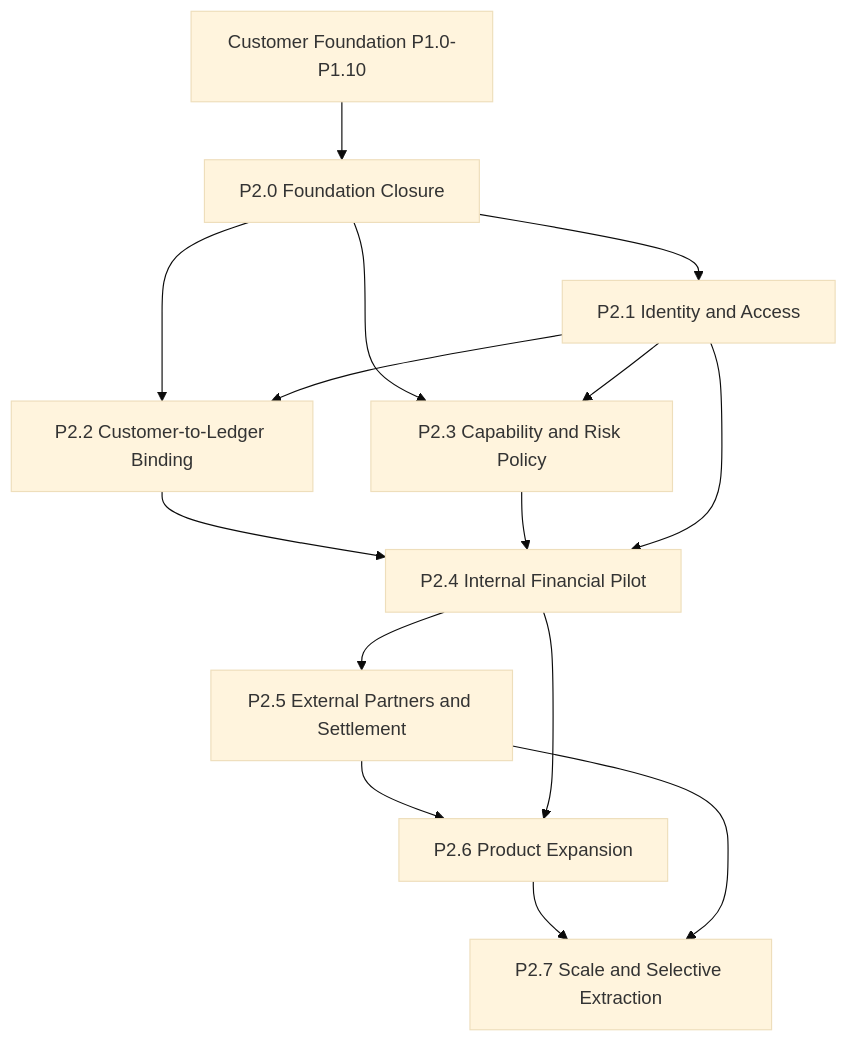
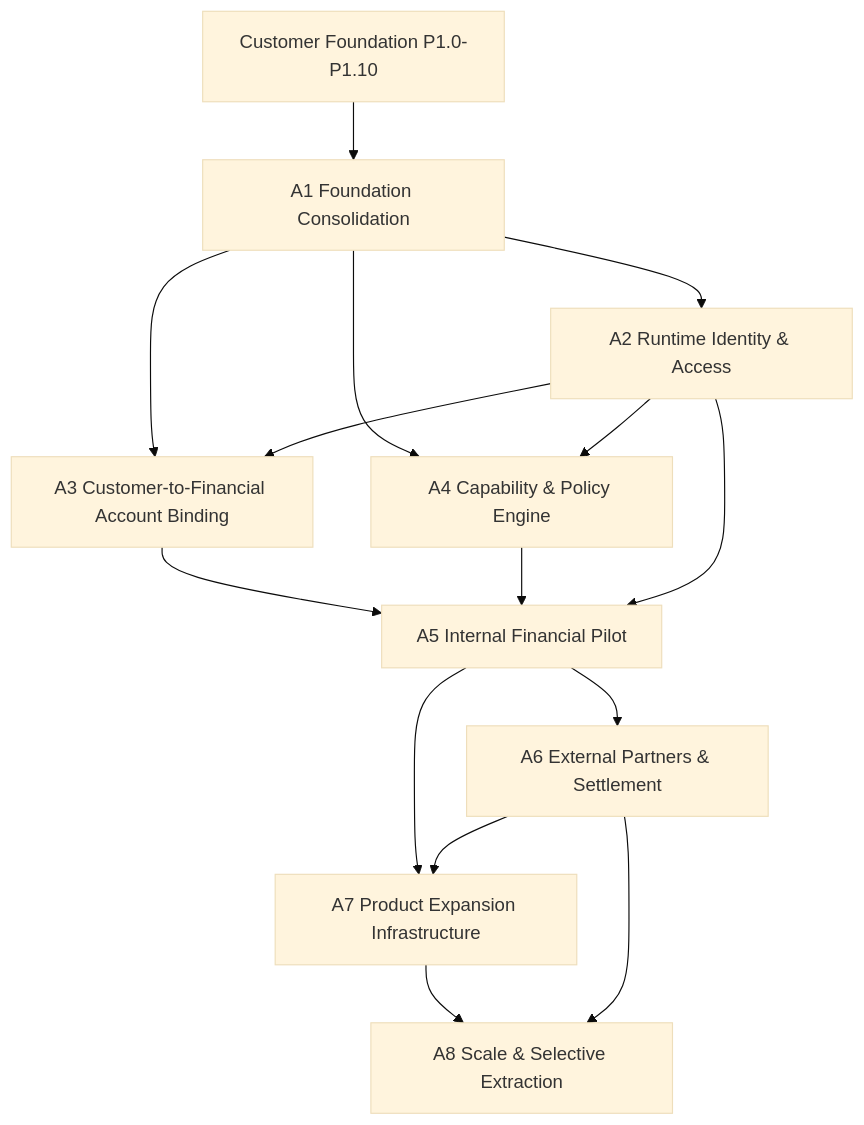
The diagram in docs/DEPENDENCY-GRAPH.md (shyne240/monienaija), drawn with Mermaid (base theme) before and after one commit. The commit also changed other lines of this file and 7 other files, not shown here.

Commit message:
docs: canonicalize product and architecture roadmaps

````diff
--- a/docs/DEPENDENCY-GRAPH.md
+++ b/docs/DEPENDENCY-GRAPH.md
@@ -5,27 +33,27 @@
 ```mermaid
 flowchart TD
   P1[Customer Foundation P1.0-P1.10]
-  P20[P2.0 Foundation Closure]
-  P21[P2.1 Identity and Access]
-  P22[P2.2 Customer-to-Ledger Binding]
-  P23[P2.3 Capability and Risk Policy]
-  P24[P2.4 Internal Financial Pilot]
-  P25[P2.5 External Partners and Settlement]
-  P26[P2.6 Product Expansion]
-  P27[P2.7 Scale and Selective Extraction]
+  A1[A1 Foundation Consolidation]
+  A2[A2 Runtime Identity & Access]
+  A3[A3 Customer-to-Financial Account Binding]
+  A4[A4 Capability & Policy Engine]
+  A5[A5 Internal Financial Pilot]
+  A6[A6 External Partners & Settlement]
+  A7[A7 Product Expansion Infrastructure]
+  A8[A8 Scale & Selective Extraction]
 
-  P1 --> P20
-  P20 --> P21
-  P20 --> P22
-  P21 --> P22
-  P20 --> P23
-  P21 --> P23
-  P22 --> P24
-  P23 --> P24
-  P21 --> P24
-  P24 --> P25
-  P25 --> P26
-  P24 --> P26
-  P26 --> P27
-  P25 --> P27
+  P1 --> A1
+  A1 --> A2
+  A1 --> A3
+  A2 --> A3
+  A1 --> A4
+  A2 --> A4
+  A3 --> A5
+  A4 --> A5
+  A2 --> A5
+  A5 --> A6
+  A5 --> A7
+  A6 --> A7
+  A7 --> A8
+  A6 --> A8
 ```
````
